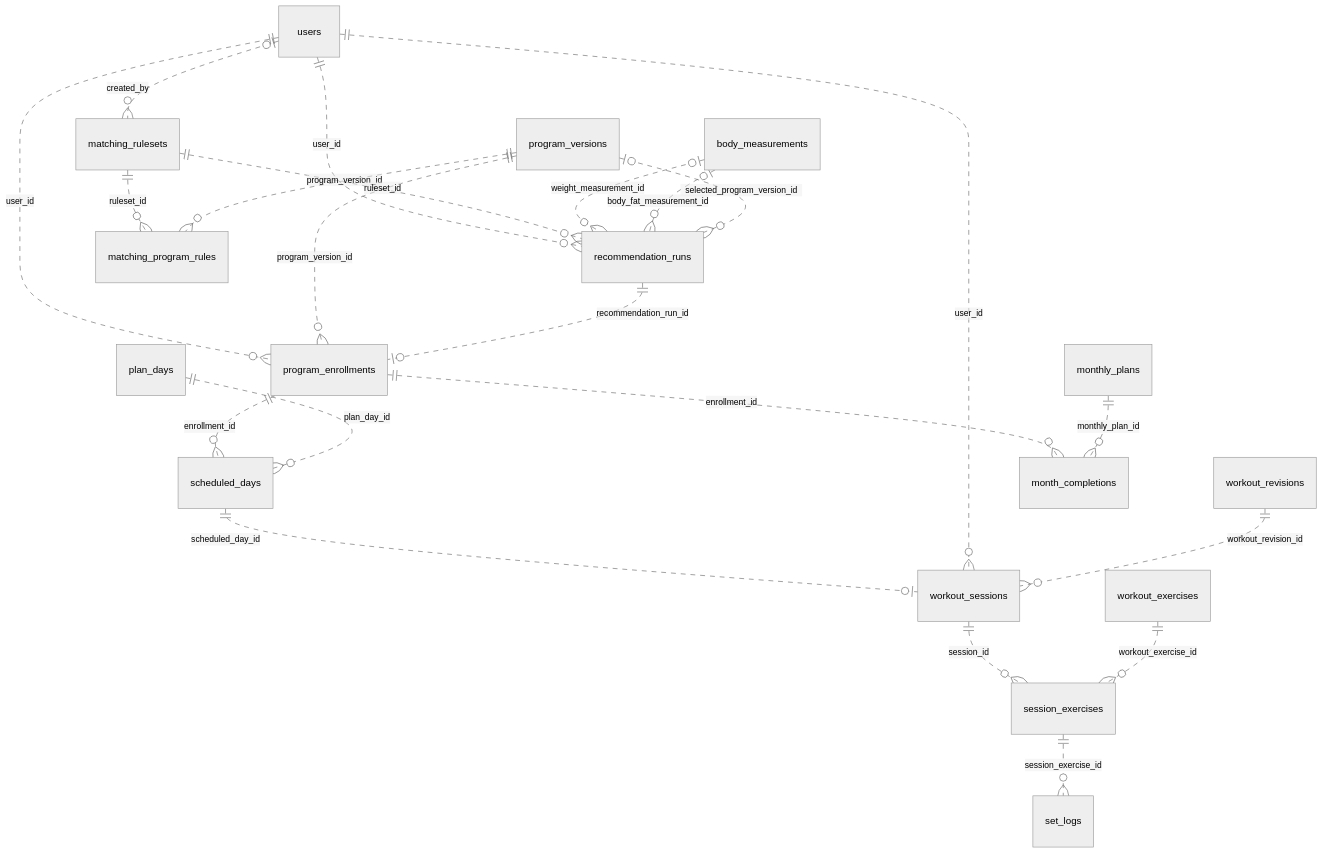
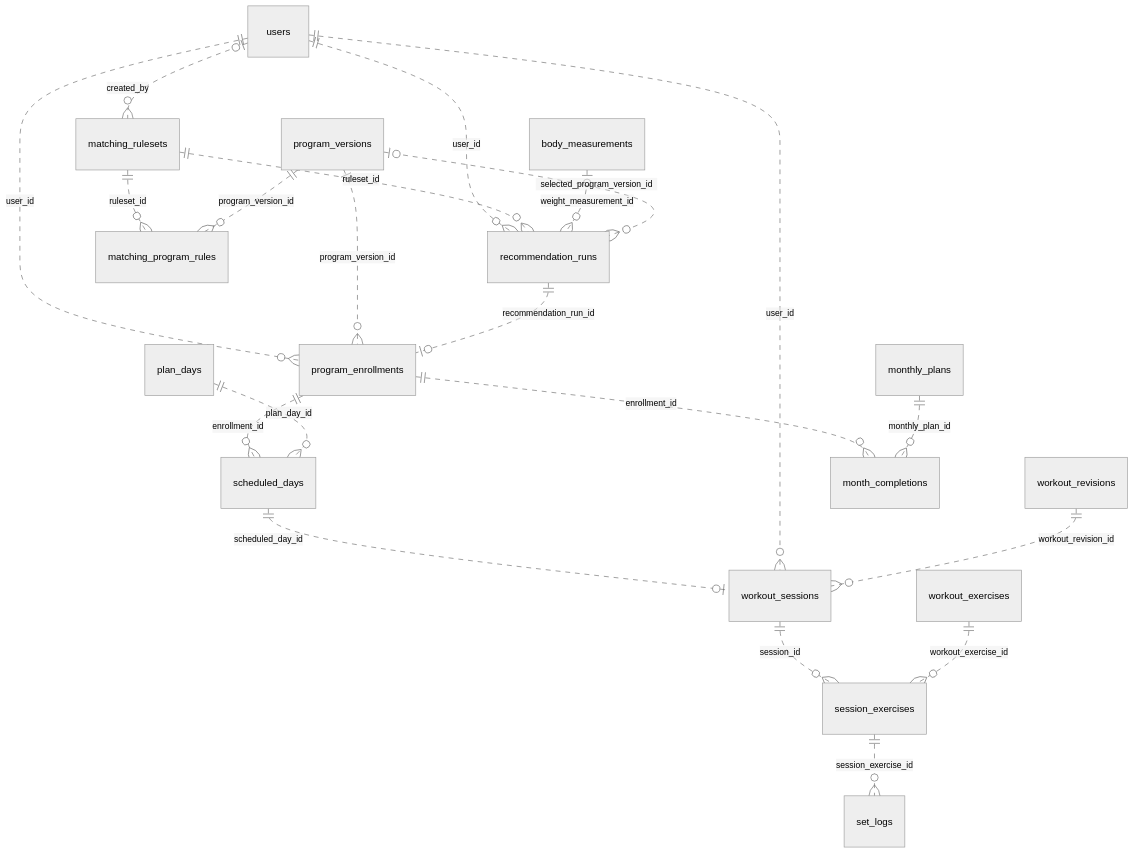
Before and after one commit to MohamedHamdy2003/Motion-Fitness-Platform: the third of 8 diagrams in Motion_Backend_Plan.md, drawn with Mermaid (neutral theme). The commit also changed other lines of this file and 10 other files, not shown here.

````diff
--- a/Motion_Backend_Plan.md
+++ b/Motion_Backend_Plan.md
@@ -316,24 +315,23 @@
 ```mermaid
 erDiagram
     users ||..o{ recommendation_runs : user_id
     users o|..o{ matching_rulesets : created_by
     matching_rulesets ||..o{ matching_program_rules : ruleset_id
     program_versions ||..o{ matching_program_rules : program_version_id
     matching_rulesets ||..o{ recommendation_runs : ruleset_id
     body_measurements o|..o{ recommendation_runs : weight_measurement_id
-    body_measurements o|..o{ recommendation_runs : body_fat_measurement_id
     program_versions o|..o{ recommendation_runs : selected_program_version_id
     users ||..o{ program_enrollments : user_id
     program_versions ||..o{ program_enrollments : program_version_id
     recommendation_runs ||..o| program_enrollments : recommendation_run_id
     program_enrollments ||..o{ scheduled_days : enrollment_id
     plan_days ||..o{ scheduled_days : plan_day_id
     scheduled_days ||..o| workout_sessions : scheduled_day_id
     users ||..o{ workout_sessions : user_id
     workout_revisions ||..o{ workout_sessions : workout_revision_id
     workout_sessions ||..o{ session_exercises : session_id
     workout_exercises ||..o{ session_exercises : workout_exercise_id
     session_exercises ||..o{ set_logs : session_exercise_id
     program_enrollments ||..o{ month_completions : enrollment_id
     monthly_plans ||..o{ month_completions : monthly_plan_id
 ```
````
